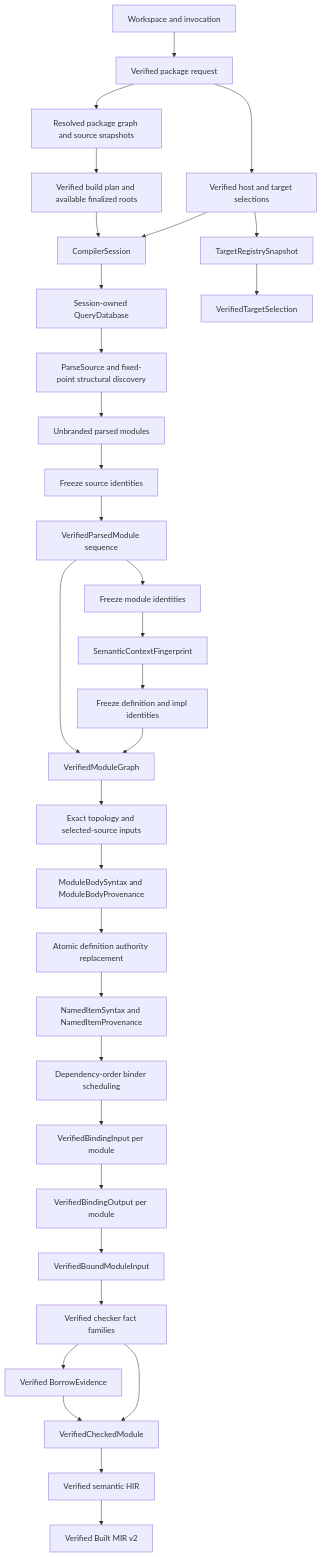
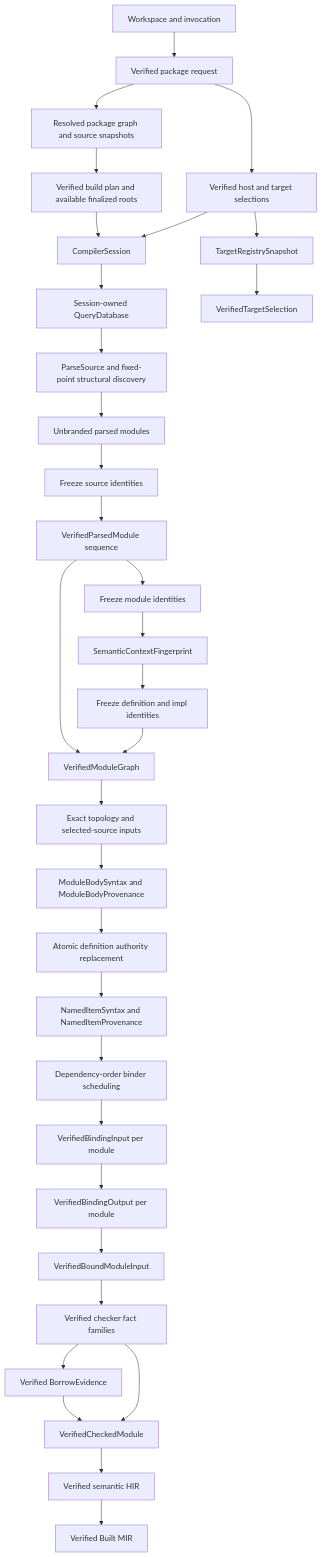
The first of 2 diagrams in docs/design/architecture.md (Zzzode/ZOM), drawn with Mermaid before and after one commit. The commit also changed other lines of this file and 4 other files, not shown here.

First line of the commit message:
docs(repo): drop versioned Built MIR references from design docs

````diff
--- a/docs/design/architecture.md
+++ b/docs/design/architecture.md
@@ -77,35 +77,35 @@
 ```mermaid
 flowchart TD
     W["Workspace and invocation"] --> P["Verified package request"]
     P --> T["Verified host and target selections"]
     P --> R["Resolved package graph and source snapshots"]
     R --> B["Verified build plan and available finalized roots"]
     T --> S["CompilerSession"]
     B --> S
     S --> Q["Session-owned QueryDatabase"]
     Q --> D["ParseSource and fixed-point structural discovery"]
     D --> U["Unbranded parsed modules"]
     U --> SI["Freeze source identities"]
     SI --> PS["VerifiedParsedModule sequence"]
     PS --> MI["Freeze module identities"]
     MI --> F["SemanticContextFingerprint"]
     F --> DI["Freeze definition and impl identities"]
     DI --> G["VerifiedModuleGraph"]
     PS --> G
     G --> TI["Exact topology and selected-source inputs"]
     TI --> MB["ModuleBodySyntax and ModuleBodyProvenance"]
     MB --> AP["Atomic definition authority replacement"]
     AP --> NI["NamedItemSyntax and NamedItemProvenance"]
     NI --> O["Dependency-order binder scheduling"]
     O --> VI["VerifiedBindingInput per module"]
     VI --> VO["VerifiedBindingOutput per module"]
     VO --> VBM["VerifiedBoundModuleInput"]
     VBM --> C["Verified checker fact families"]
     C --> BE["Verified BorrowEvidence"]
     C --> CM["VerifiedCheckedModule"]
     BE --> CM
     CM --> H["Verified semantic HIR"]
-    H --> M["Verified Built MIR v2"]
+    H --> M["Verified Built MIR"]
     T --> TR["TargetRegistrySnapshot"]
     TR --> VT["VerifiedTargetSelection"]
 ```
````
